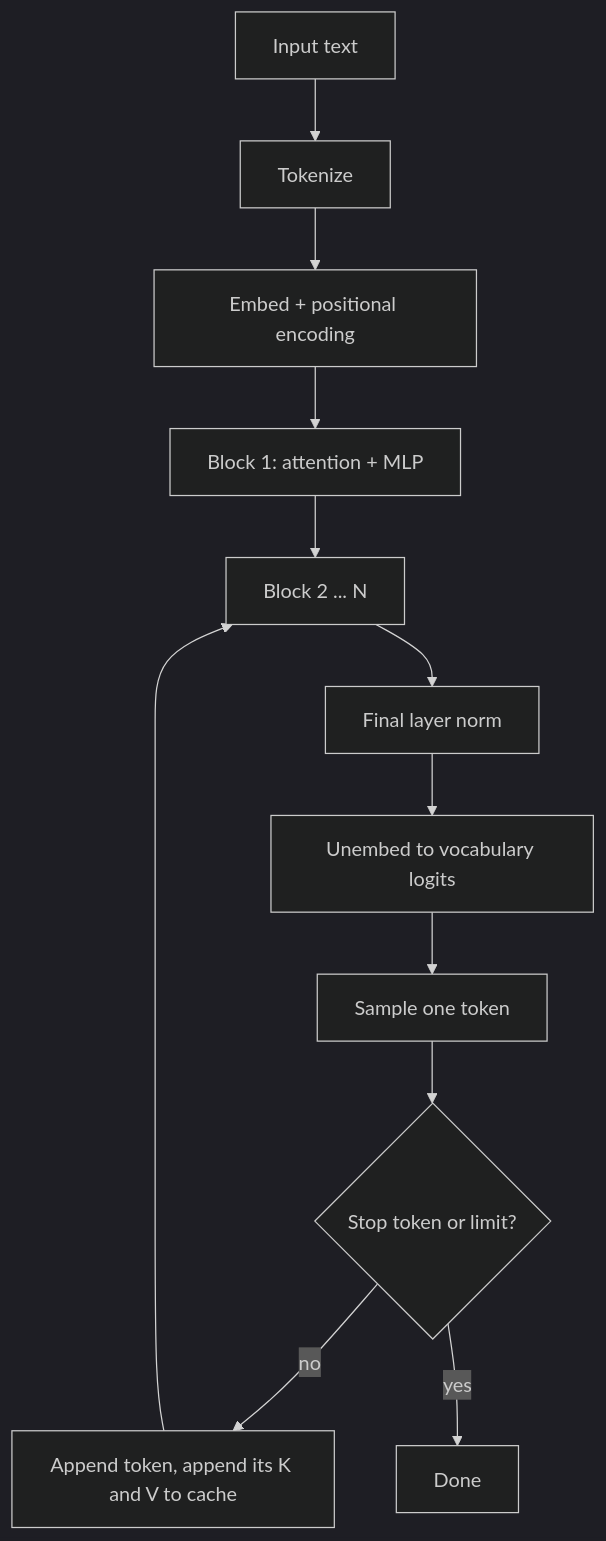
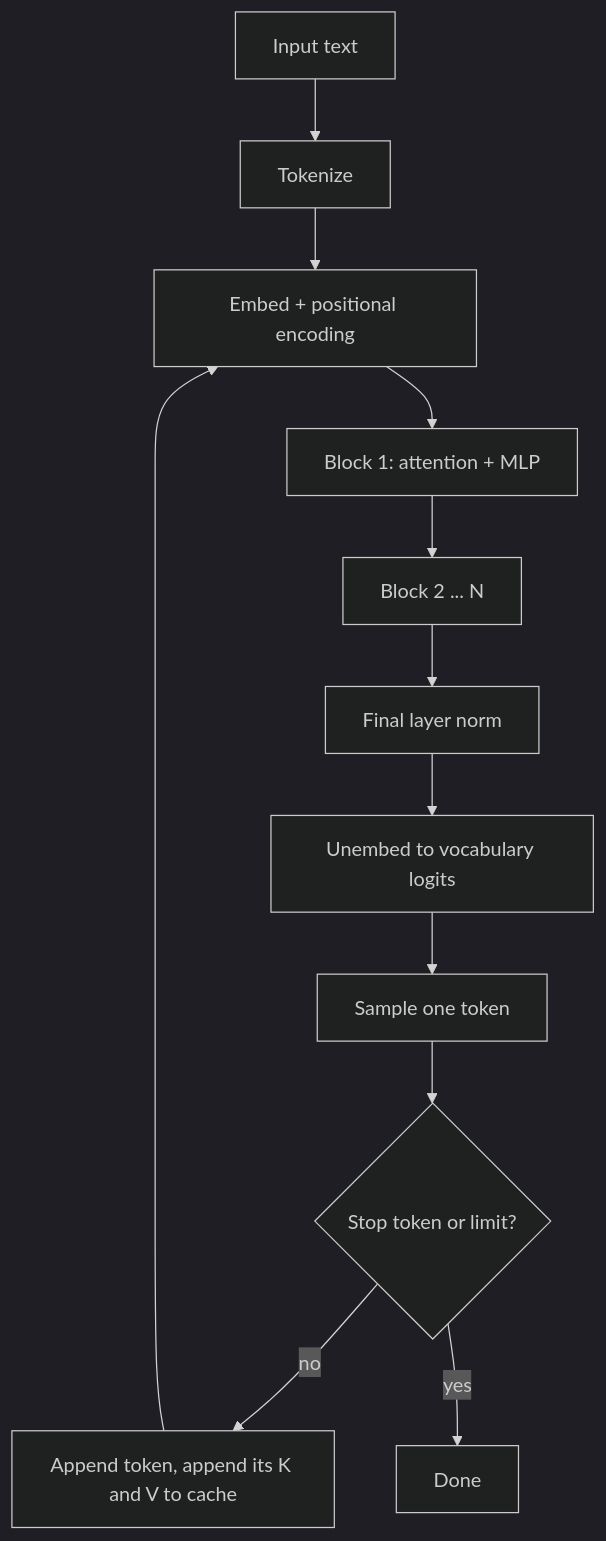
One commit to SAGARCHRY0777/llm-handbook changed the first of 2 diagrams in content/transformers.md. Above: the diagram before and after it, drawn with Mermaid (dark theme). The commit also changed other lines of this file and 5 other files, not shown here.

````diff
--- a/content/transformers.md
+++ b/content/transformers.md
@@ -127,14 +203,14 @@
 ```mermaid
 graph TD
   A[Input text] --> B[Tokenize]
   B --> C[Embed + positional encoding]
   C --> D[Block 1: attention + MLP]
   D --> E[Block 2 ... N]
   E --> F[Final layer norm]
   F --> G[Unembed to vocabulary logits]
   G --> H[Sample one token]
   H --> I{Stop token or limit?}
   I -->|no| J[Append token, append its K and V to cache]
-  J --> E
+  J --> C
   I -->|yes| K[Done]
 ```
````
